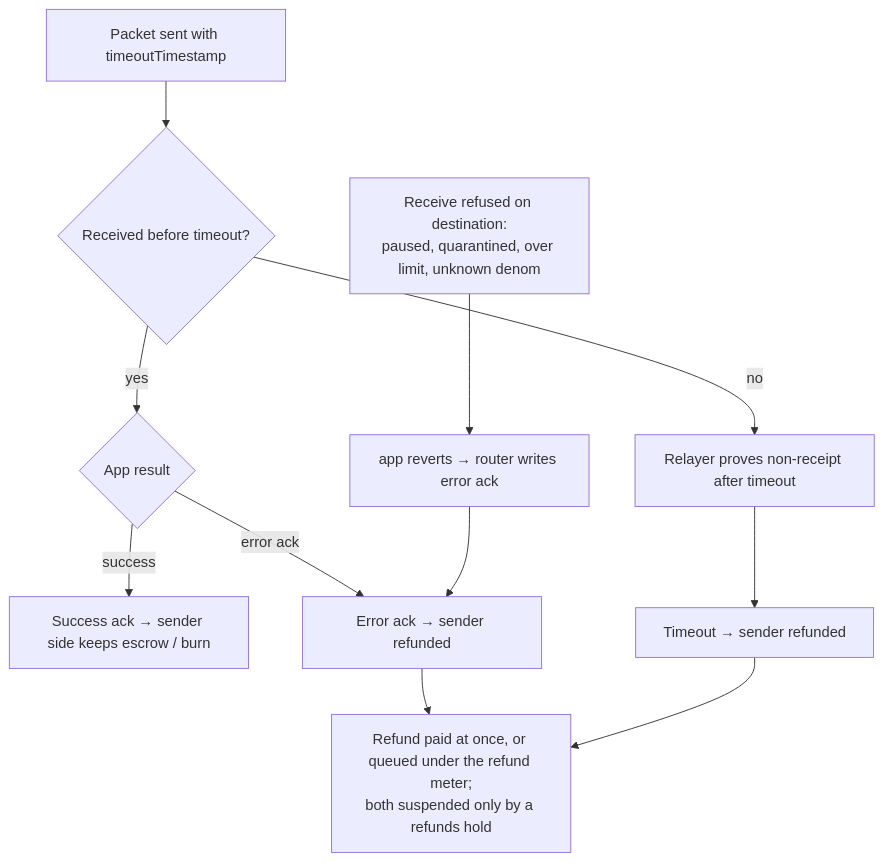
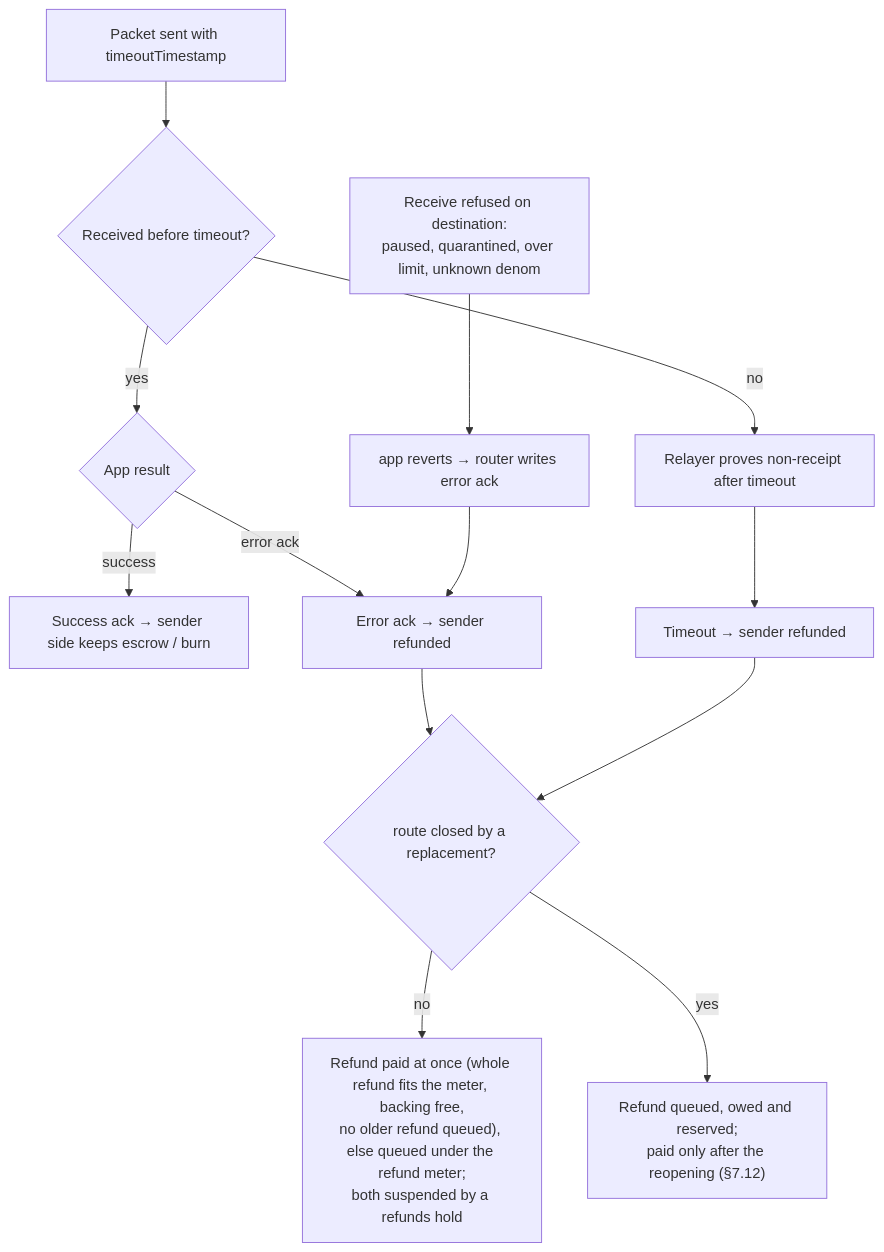
Before and after one commit to gnolang/gno: the fourth of 13 diagrams in gno.land/adr/pr6375_ibc_ethereum.md, drawn with Mermaid. The commit also changed other lines of this file, not shown here.

````diff
--- a/gno.land/adr/pr6375_ibc_ethereum.md
+++ b/gno.land/adr/pr6375_ibc_ethereum.md
@@ -477,11 +561,13 @@
 ```mermaid
 flowchart TD
   S[Packet sent with timeoutTimestamp] --> Q{Received before timeout?}
   Q -- yes --> A{App result}
   A -- success --> OK[Success ack → sender side keeps escrow / burn]
   A -- error ack --> RF1[Error ack → sender refunded]
   Q -- no --> TO[Relayer proves non-receipt after timeout]
   TO --> RF2[Timeout → sender refunded]
   P[Receive refused on destination:<br/>paused, quarantined, over limit, unknown denom] --> A2[app reverts → router writes error ack] --> RF1
-  RF1 & RF2 --> N["Refund paid at once, or queued under the refund meter;<br/>both suspended only by a refunds hold"]
+  RF1 & RF2 --> CLS{route closed by a replacement?}
+  CLS -- no --> N["Refund paid at once (whole refund fits the meter, backing free,<br/>no older refund queued), else queued under the refund meter;<br/>both suspended by a refunds hold"]
+  CLS -- yes --> W["Refund queued, owed and reserved;<br/>paid only after the reopening (§7.12)"]
 ```
````
